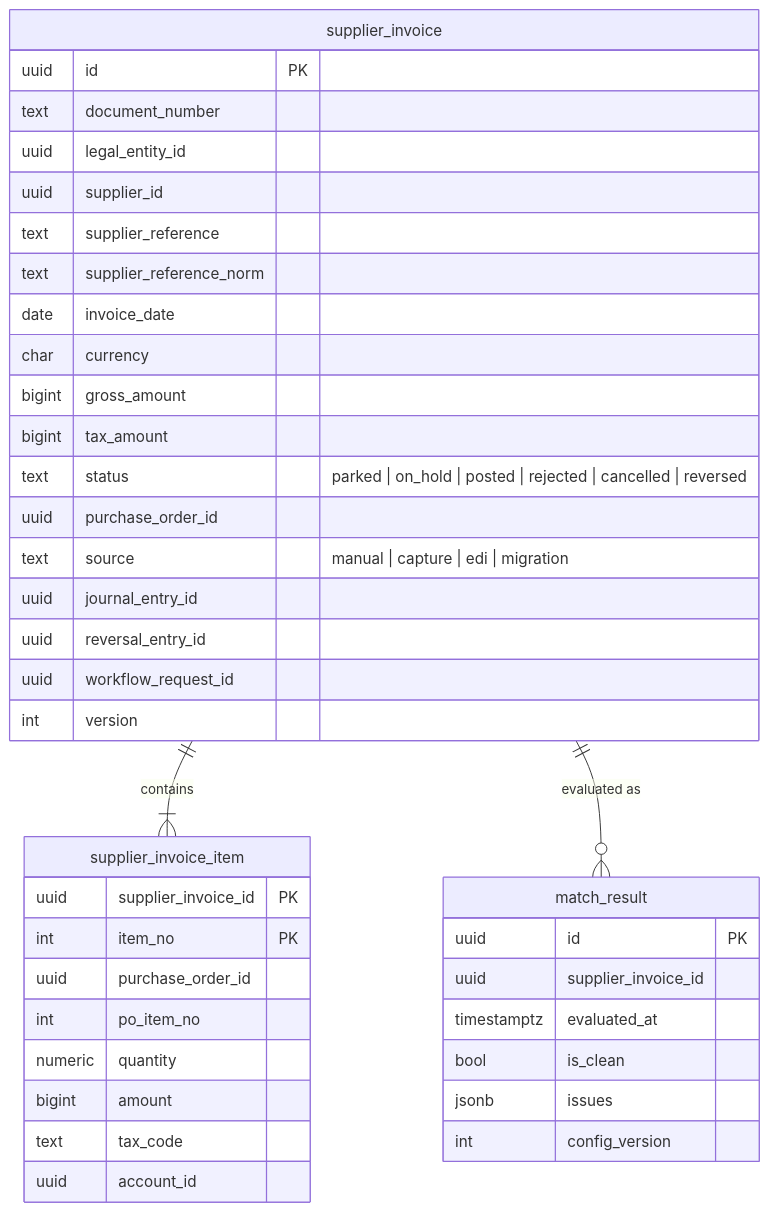
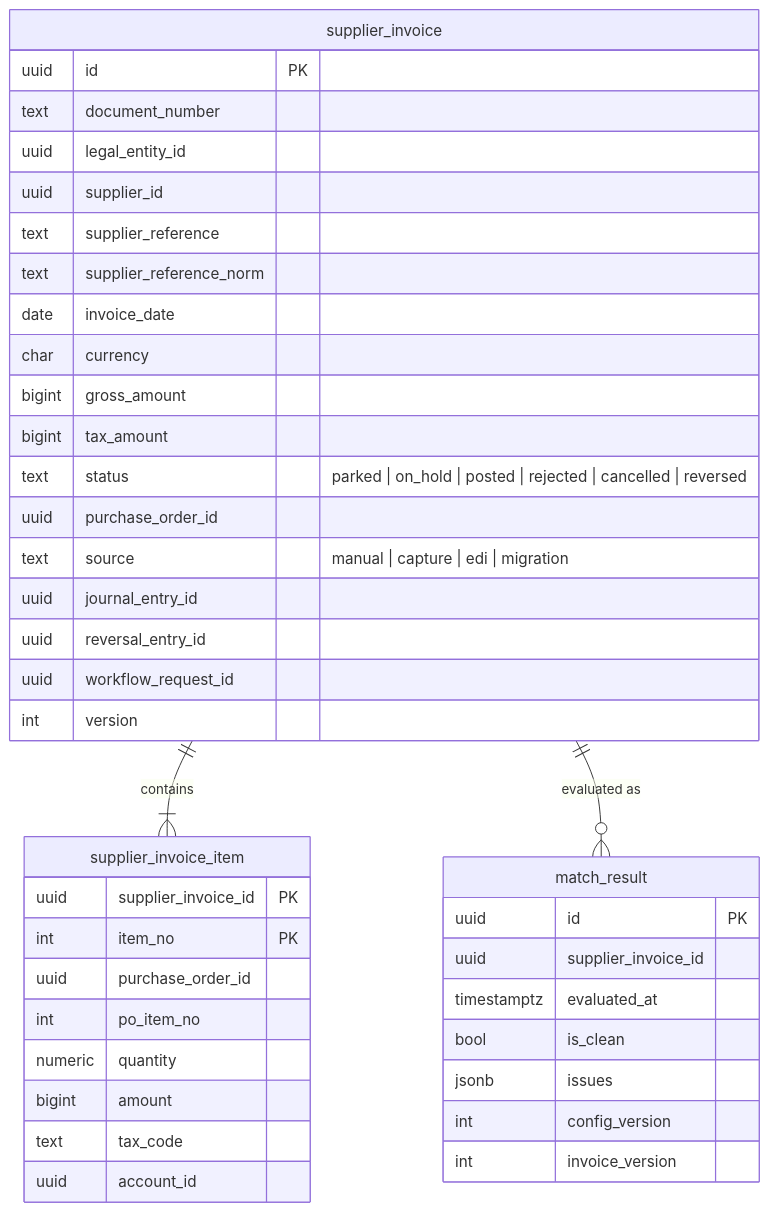
The seventh of 9 diagrams in docs/design/03-data-model.md (mustie7iy/agentic-erp), drawn with Mermaid before and after one commit. The commit also changed other lines of this file and 15 other files, not shown here.

````diff
--- a/docs/design/03-data-model.md
+++ b/docs/design/03-data-model.md
@@ -525,36 +525,37 @@
 ```mermaid
 erDiagram
   supplier_invoice ||--|{ supplier_invoice_item : contains
   supplier_invoice ||--o{ match_result : "evaluated as"
   supplier_invoice { uuid id PK
     text document_number
     uuid legal_entity_id
     uuid supplier_id
     text supplier_reference
     text supplier_reference_norm
     date invoice_date
     char currency
     bigint gross_amount
     bigint tax_amount
     text status "parked | on_hold | posted | rejected | cancelled | reversed"
     uuid purchase_order_id
     text source "manual | capture | edi | migration"
     uuid journal_entry_id
     uuid reversal_entry_id
     uuid workflow_request_id
     int version }
   supplier_invoice_item { uuid supplier_invoice_id PK
     int item_no PK
     uuid purchase_order_id
     int po_item_no
     numeric quantity
     bigint amount
     text tax_code
     uuid account_id }
   match_result { uuid id PK
     uuid supplier_invoice_id
     timestamptz evaluated_at
     bool is_clean
     jsonb issues
-    int config_version }
+    int config_version
+    int invoice_version }
 ```
````
